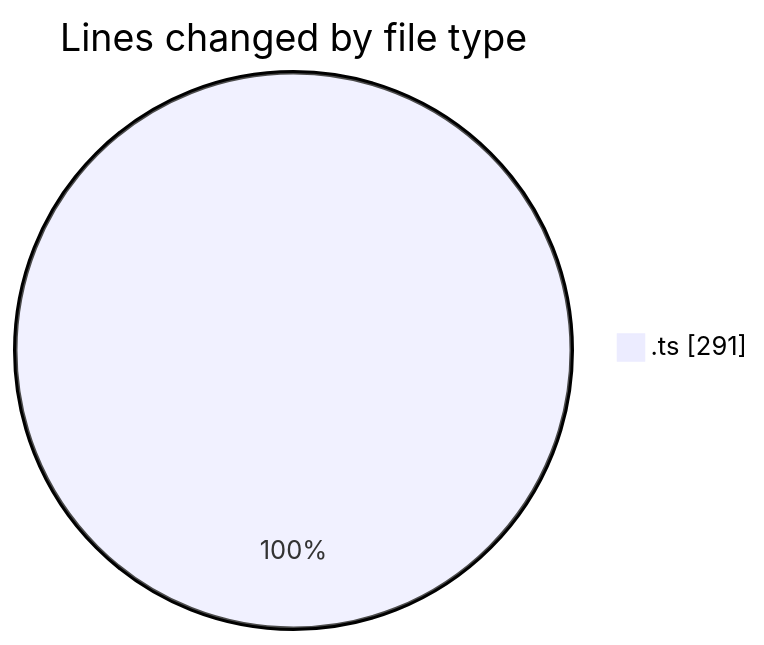
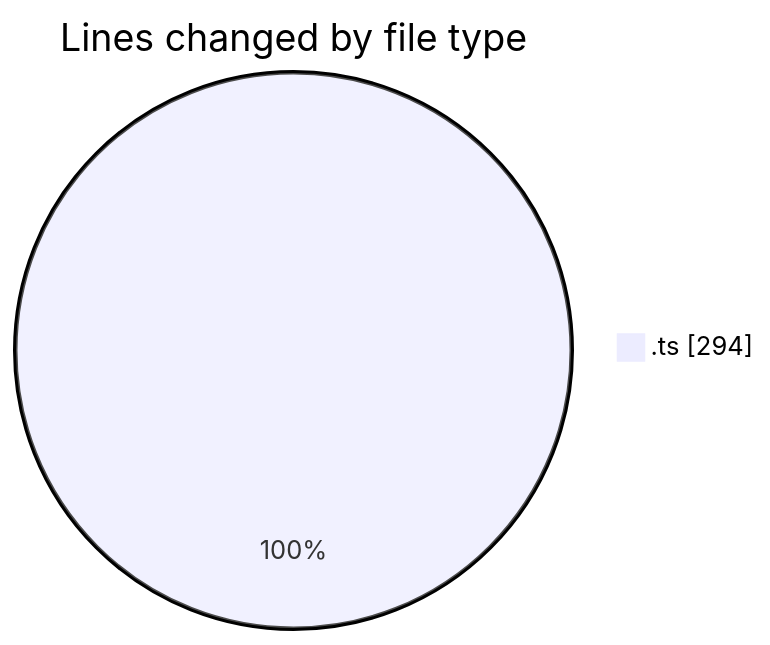
One commit to momahboobian/code-tracking changed the first of 2 diagrams in 2025-01-14/github-activity-tracker/README.md. Above: the diagram before and after it, drawn with Mermaid. The commit also changed other lines of this file and 1 other file, not shown here.

````diff
--- a/2025-01-14/github-activity-tracker/README.md
+++ b/2025-01-14/github-activity-tracker/README.md
@@ -25,5 +25,5 @@
 ```mermaid
 pie showData
 title Lines changed by file type
-".ts" : 291
+".ts" : 294
 ```
````
